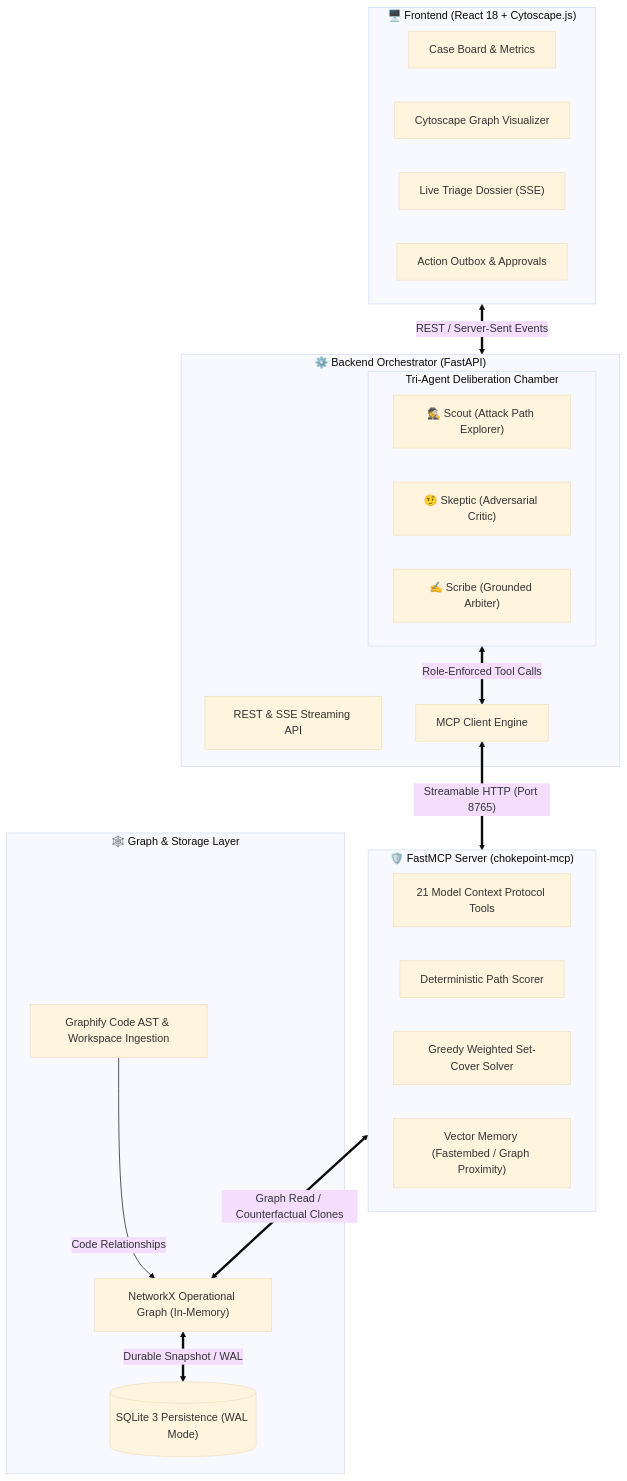
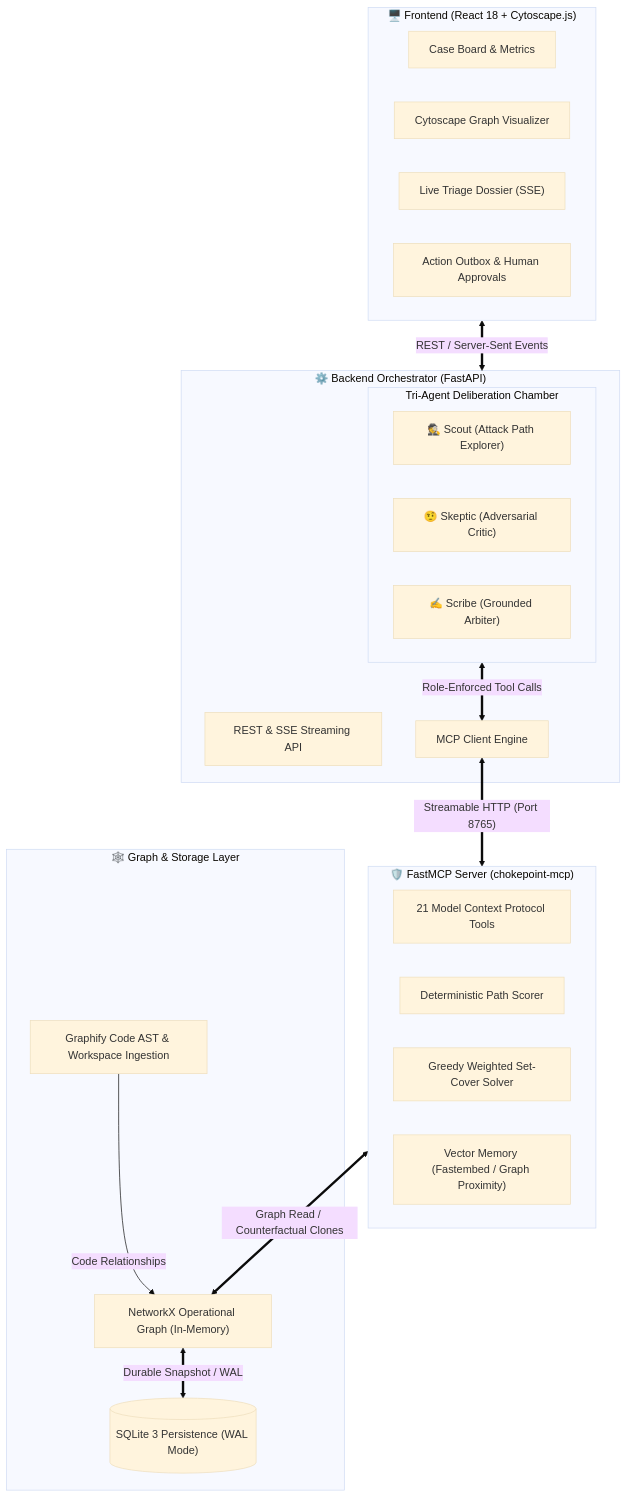
The first of 3 diagrams in README.md (shefar77/Chokepoint), drawn with Mermaid (base theme) before and after one commit. The commit also changed other lines of this file and 1 other file, not shown here.

````diff
--- a/README.md
+++ b/README.md
@@ -52,39 +51,39 @@
 ```mermaid
 graph TB
     subgraph UI["🖥️ Frontend (React 18 + Cytoscape.js)"]
         Dashboard["Case Board & Metrics"]
         GraphExplorer["Cytoscape Graph Visualizer"]
         StreamDossier["Live Triage Dossier (SSE)"]
-        ActionOutbox["Action Outbox & Approvals"]
+        ActionOutbox["Action Outbox & Human Approvals"]
     end
 
     subgraph Backend["⚙️ Backend Orchestrator (FastAPI)"]
         API["REST & SSE Streaming API"]
         subgraph Agents["Tri-Agent Deliberation Chamber"]
             Scout["🕵️ Scout (Attack Path Explorer)"]
             Skeptic["🤨 Skeptic (Adversarial Critic)"]
             Scribe["✍️ Scribe (Grounded Arbiter)"]
         end
         MCPClient["MCP Client Engine"]
     end
 
     subgraph MCP["🛡️ FastMCP Server (chokepoint-mcp)"]
         Tools["21 Model Context Protocol Tools"]
         Scorer["Deterministic Path Scorer"]
         Solver["Greedy Weighted Set-Cover Solver"]
         MemoryEngine["Vector Memory (Fastembed / Graph Proximity)"]
     end
 
     subgraph CoreGraph["🕸️ Graph & Storage Layer"]
         NXGraph["NetworkX Operational Graph (In-Memory)"]
         SQLiteDB[("SQLite 3 Persistence (WAL Mode)")]
         GraphifyIntake["Graphify Code AST & Workspace Ingestion"]
     end
 
     UI <==>|"REST / Server-Sent Events"| Backend
     Agents <==>|"Role-Enforced Tool Calls"| MCPClient
     MCPClient <==>|"Streamable HTTP (Port 8765)"| MCP
     MCP <==>|"Graph Read / Counterfactual Clones"| NXGraph
     NXGraph <==>|"Durable Snapshot / WAL"| SQLiteDB
     GraphifyIntake -->|"Code Relationships"| NXGraph
 ```
````
